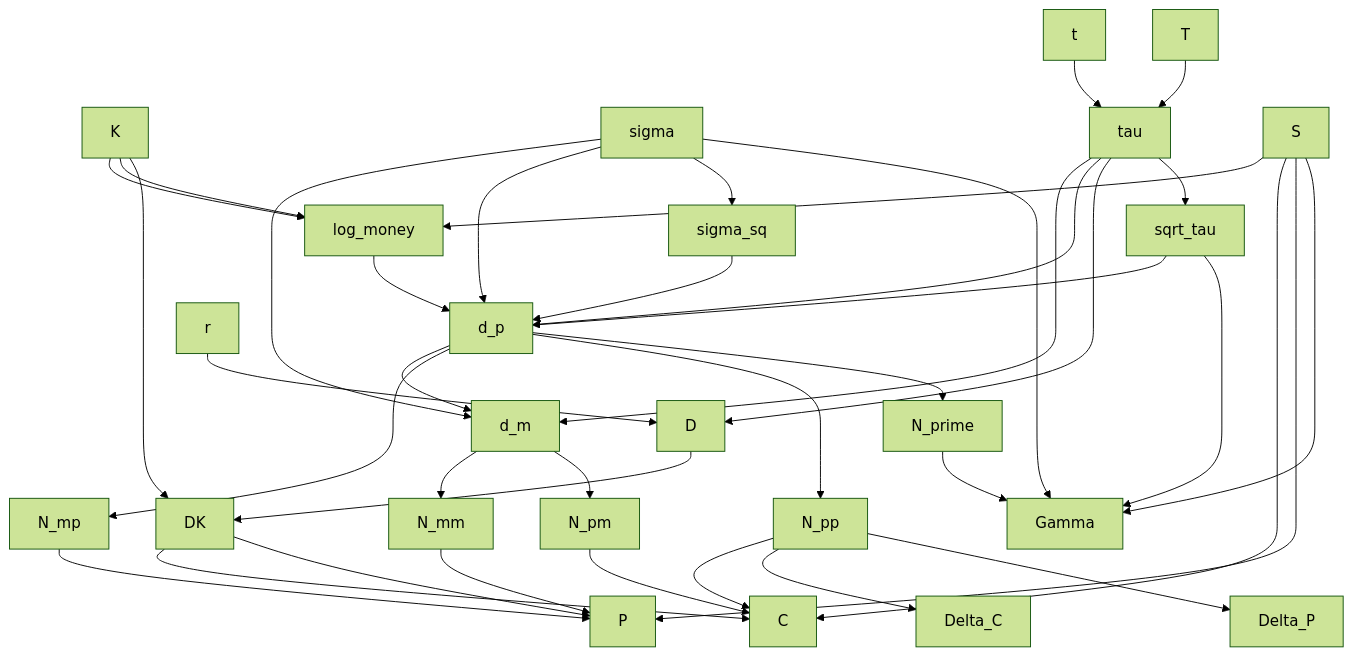
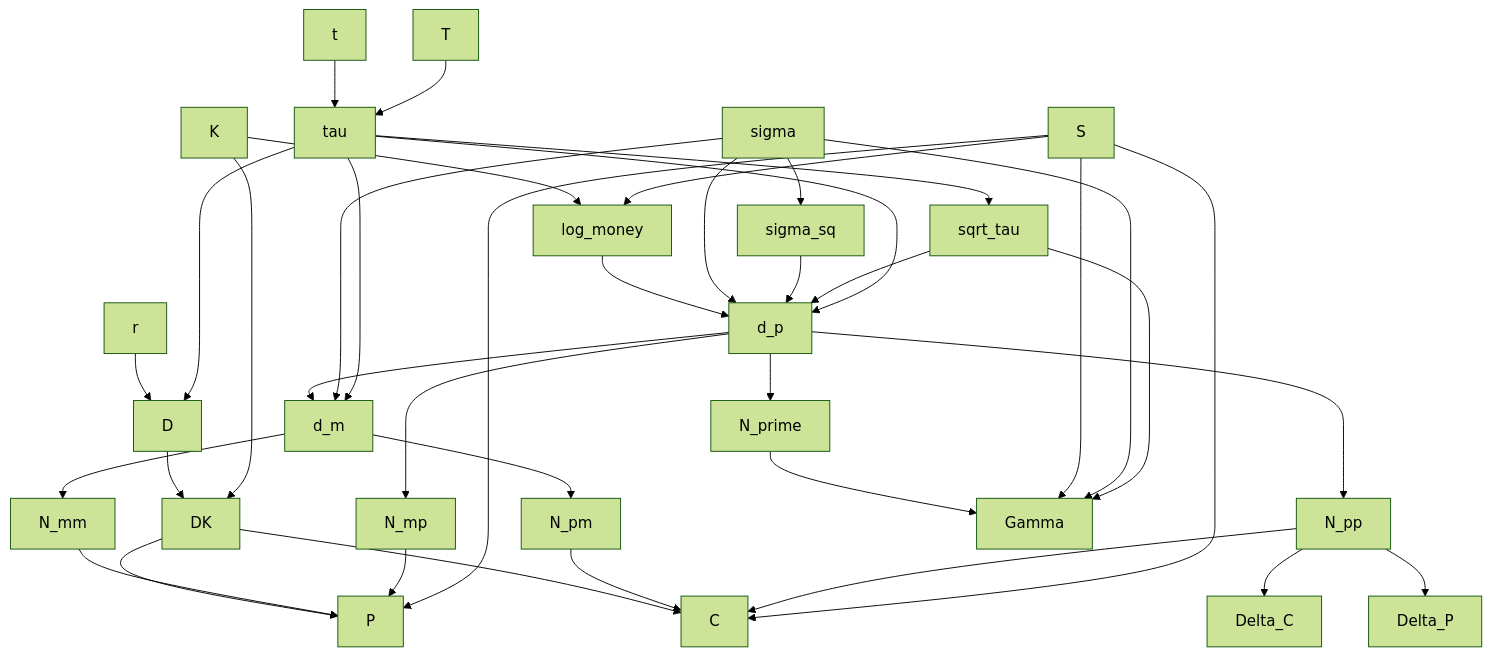
One commit to bwrob/options-dataframes changed the diagram in README.md. Above: the diagram before and after it, drawn with Mermaid (forest theme). The commit also changed 2 other files, not shown here.

````diff
--- a/README.md
+++ b/README.md
@@ -202,49 +202,40 @@
 ```mermaid
   graph TD;
+    D --> DK;
+    d_m --> N_mm;
+    d_m --> N_pm;
+    d_p --> d_m;
+    d_p --> N_mp;
+    d_p --> N_pp;
+    d_p --> N_prime;
+    DK --> C;
+    DK --> P;
+    K --> DK;
     K --> log_money;
+    log_money --> d_p;
+    N_mm --> P;
+    N_mp --> P;
+    N_pm --> C;
+    N_pp --> C;
+    N_pp --> Delta_C;
+    N_pp --> Delta_P;
+    N_prime --> Gamma;
+    r --> D;
+    S --> C;
+    S --> Gamma;
+    S --> log_money;
+    S --> P;
     sigma --> d_m;
     sigma --> d_p;
+    sigma --> Gamma;
     sigma --> sigma_sq;
+    sigma_sq --> d_p;
+    sqrt_tau --> d_p;
+    sqrt_tau --> Gamma;
     t --> tau;
     T --> tau;
-    r --> D;
-    S --> log_money;
-    K --> log_money;
-
     tau --> d_m;
     tau --> d_p;
     tau --> D;
     tau --> sqrt_tau;
-
-    D --> DK;
-    K --> DK;
-
-    log_money --> d_p;
-    sigma_sq --> d_p;
-    sqrt_tau --> d_p;
-    d_p --> d_m;
-
-    d_m --> N_mm;
-    d_m --> N_pm;
-    d_p --> N_mp;
-    d_p --> N_pp;
-
-    N_pm --> C;
-    N_pp --> C;
-    S --> C;
-    DK --> C;
-
-    N_mm --> P;
-    N_mp --> P;
-    DK --> P;
-    S --> P;
-
-    N_pp --> Delta_C;
-    N_pp --> Delta_P;
-
-    d_p --> N_prime;
-    N_prime --> Gamma;
-    S --> Gamma;
-    sigma --> Gamma;
-    sqrt_tau --> Gamma;
 ```
````
